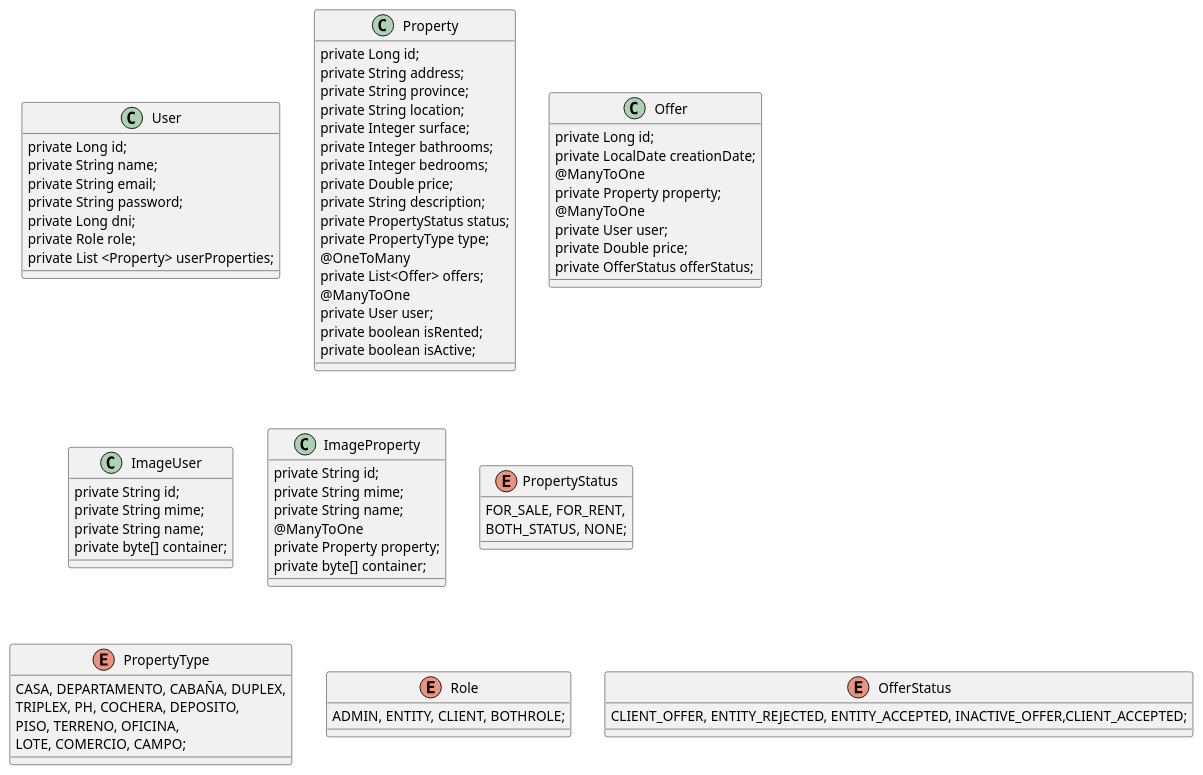
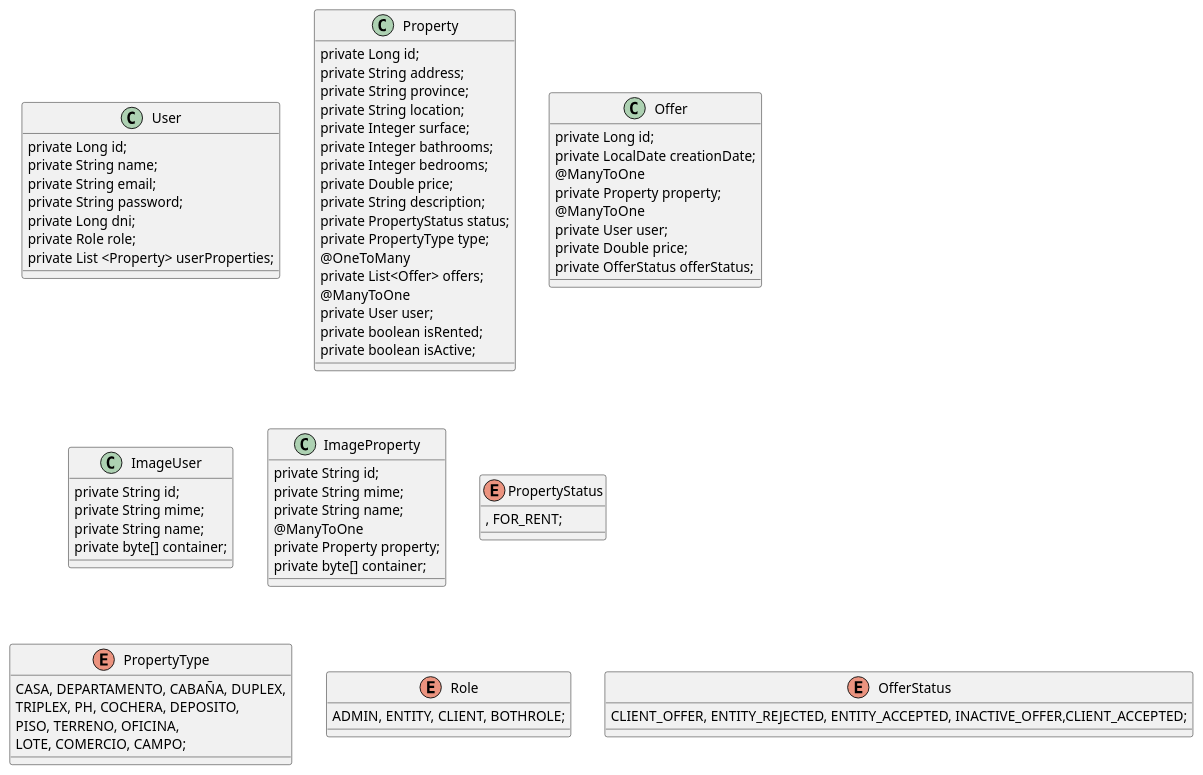
The diagram in Inmobiliaria/src/main/resources/inmobiliariaBasic2.puml (dfernando2/ProyectoFinalEquipoF), drawn with PlantUML before and after one commit. The commit also changed 9 other files, not shown here.

First line of the commit message:
Sprint 4.1 Conflictos resueltos y dev lista para clonar y seguir trabajando. AGREGADOS: -Se modifico Enum propertyStatus a solo dos (FOR_RENT y FOR_SALE, el resto se borro) -Se cambio la anotacion del enum PropertyStatus y PropertyType para que se registren como String.

```diff
--- a/Inmobiliaria/src/main/resources/inmobiliariaBasic2.puml
+++ b/Inmobiliaria/src/main/resources/inmobiliariaBasic2.puml
@@ -1,77 +1,76 @@
 @startuml
 'https://plantuml.com/class-diagram
 
 class User {
 
     private Long id;
     private String name;
     private String email;
     private String password;
     private Long dni;
     private Role role;
     private List <Property> userProperties;
        }
 class Property {
         private Long id;
         private String address;
         private String province;
         private String location;
         private Integer surface;
         private Integer bathrooms;
         private Integer bedrooms;
         private Double price;
         private String description;
         private PropertyStatus status;
         private PropertyType type;
         @OneToMany
         private List<Offer> offers;
         @ManyToOne
         private User user;
         private boolean isRented;
         private boolean isActive;
         }
 class Offer {
     private Long id;
     private LocalDate creationDate;
     @ManyToOne
     private Property property;
     @ManyToOne
     private User user;
     private Double price;
     private OfferStatus offerStatus;
     }
 class ImageUser {
     private String id;
     private String mime;
     private String name;
     private byte[] container;
                 }
 class ImageProperty {
     private String id;
     private String mime;
     private String name;
     @ManyToOne
     private Property property;
     private byte[] container;
     }
 
 enum PropertyStatus {
-    FOR_SALE, FOR_RENT,
-    BOTH_STATUS, NONE;
+    , FOR_RENT;
 }
 enum PropertyType {
     CASA, DEPARTAMENTO, CABAÑA, DUPLEX,
     TRIPLEX, PH, COCHERA, DEPOSITO,
     PISO, TERRENO, OFICINA,
     LOTE, COMERCIO, CAMPO;
 }
 enum Role {
     ADMIN, ENTITY, CLIENT, BOTHROLE;
 }
 enum OfferStatus {
     CLIENT_OFFER, ENTITY_REJECTED, ENTITY_ACCEPTED, INACTIVE_OFFER,CLIENT_ACCEPTED;
 }
 
 
 
 @enduml
```
